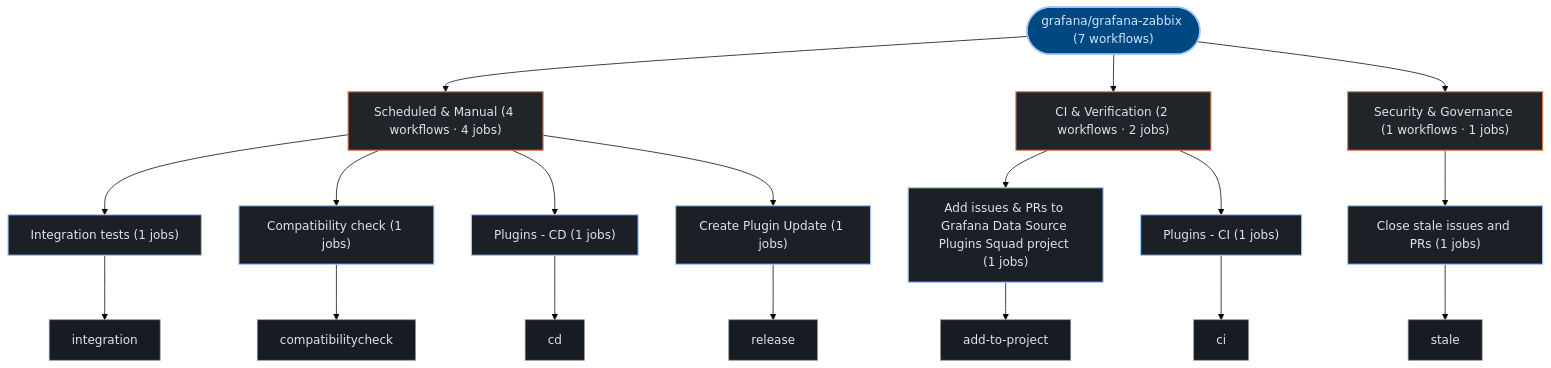
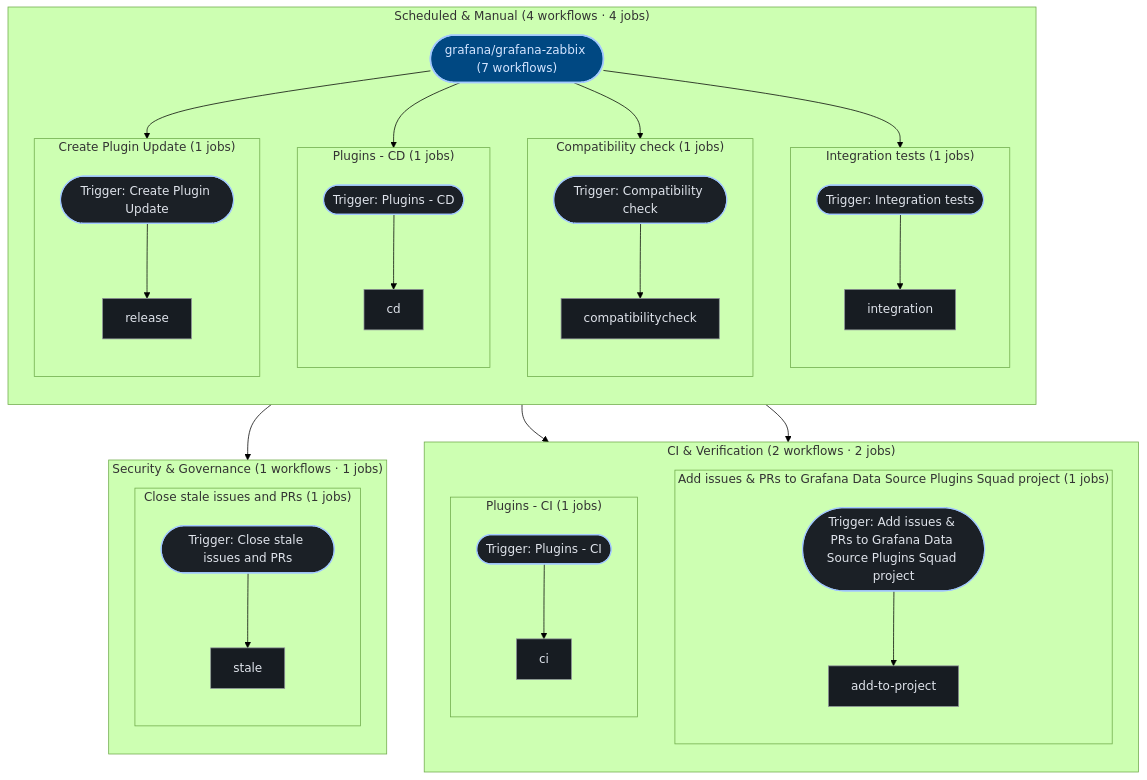
Before and after one commit to kumarshaz/atruss-code-atlas: the third of 3 diagrams in exports/latest/reports/grafana-grafana-zabbix-report.md, drawn with Mermaid (forest theme). The commit also changed 181 other files, not shown here.

````diff
--- a/exports/latest/reports/grafana-grafana-zabbix-report.md
+++ b/exports/latest/reports/grafana-grafana-zabbix-report.md
@@ -354,45 +354,69 @@
 ```mermaid
 graph TD;
   classDef atlasRoot fill:#004882,stroke:#a3c9ff,stroke-width:2px,color:#d3e4ff
   classDef atlasCategory fill:#212428,stroke:#E87A48,stroke-width:1.5px,color:#dfe3eb
   classDef atlasWorkflow fill:#1b2026,stroke:#a3c9ff,stroke-width:1.5px,color:#dfe3eb
   classDef atlasJob fill:#171c22,stroke:#8d9199,stroke-width:1px,color:#dfe3eb
   classDef atlasTarget fill:#005227,stroke:#8bd99b,stroke-width:1.5px,color:#a7f6b6
   classDef atlasAlert fill:#93000a,stroke:#ffb4ab,stroke-width:1.5px,color:#ffdad6
   classDef atlasMore fill:#252a31,stroke:#8d9199,stroke-dasharray:4 4,color:#c3c6cf
   pipeline_root(["grafana/grafana-zabbix (7 workflows)"]):::atlasRoot
-  grp_0_Scheduled___Manual["Scheduled & Manual (4 workflows · 4 jobs)"]:::atlasCategory
-  pipeline_root --> grp_0_Scheduled___Manual
-  wf_1_Integration_tests["Integration tests (1 jobs)"]:::atlasWorkflow
-  grp_0_Scheduled___Manual --> wf_1_Integration_tests
-  job_1_integration["integration"]:::atlasJob
-  wf_1_Integration_tests --> job_1_integration
-  wf_2_Compatibility_check["Compatibility check (1 jobs)"]:::atlasWorkflow
-  grp_0_Scheduled___Manual --> wf_2_Compatibility_check
-  job_2_compatibilitycheck["compatibilitycheck"]:::atlasJob
-  wf_2_Compatibility_check --> job_2_compatibilitycheck
-  wf_3_Plugins___CD["Plugins - CD (1 jobs)"]:::atlasWorkflow
-  grp_0_Scheduled___Manual --> wf_3_Plugins___CD
-  job_3_cd["cd"]:::atlasJob
-  wf_3_Plugins___CD --> job_3_cd
-  wf_6_Create_Plugin_Update["Create Plugin Update (1 jobs)"]:::atlasWorkflow
-  grp_0_Scheduled___Manual --> wf_6_Create_Plugin_Update
-  job_6_release["release"]:::atlasJob
-  wf_6_Create_Plugin_Update --> job_6_release
-  grp_1_CI___Verification["CI & Verification (2 workflows · 2 jobs)"]:::atlasCategory
-  pipeline_root --> grp_1_CI___Verification
-  wf_0_Add_issues___PRs_to_Grafana_Data_Source_Plugins_Squad_project["Add issues & PRs to Grafana Data Source Plugins Squad project (1 jobs)"]:::atlasWorkflow
-  grp_1_CI___Verification --> wf_0_Add_issues___PRs_to_Grafana_Data_Source_Plugins_Squad_project
-  job_0_add_to_project["add-to-project"]:::atlasJob
-  wf_0_Add_issues___PRs_to_Grafana_Data_Source_Plugins_Squad_project --> job_0_add_to_project
-  wf_4_Plugins___CI["Plugins - CI (1 jobs)"]:::atlasWorkflow
-  grp_1_CI___Verification --> wf_4_Plugins___CI
-  job_4_ci["ci"]:::atlasJob
-  wf_4_Plugins___CI --> job_4_ci
-  grp_2_Security___Governance["Security & Governance (1 workflows · 1 jobs)"]:::atlasCategory
-  pipeline_root --> grp_2_Security___Governance
-  wf_5_Close_stale_issues_and_PRs["Close stale issues and PRs (1 jobs)"]:::atlasWorkflow
-  grp_2_Security___Governance --> wf_5_Close_stale_issues_and_PRs
-  job_5_stale["stale"]:::atlasJob
-  wf_5_Close_stale_issues_and_PRs --> job_5_stale
+  subgraph sg_grp_0_Scheduled___Manual["Scheduled & Manual (4 workflows · 4 jobs)"]
+    direction TB
+    subgraph sg_wf_1_Integration_tests["Integration tests (1 jobs)"]
+      direction TB
+      wf_1_Integration_tests(["Trigger: Integration tests"]):::atlasWorkflow
+      job_1_integration["integration"]:::atlasJob
+      wf_1_Integration_tests --> job_1_integration
+    end
+    pipeline_root --> wf_1_Integration_tests
+    subgraph sg_wf_2_Compatibility_check["Compatibility check (1 jobs)"]
+      direction TB
+      wf_2_Compatibility_check(["Trigger: Compatibility check"]):::atlasWorkflow
+      job_2_compatibilitycheck["compatibilitycheck"]:::atlasJob
+      wf_2_Compatibility_check --> job_2_compatibilitycheck
+    end
+    pipeline_root --> wf_2_Compatibility_check
+    subgraph sg_wf_3_Plugins___CD["Plugins - CD (1 jobs)"]
+      direction TB
+      wf_3_Plugins___CD(["Trigger: Plugins - CD"]):::atlasWorkflow
+      job_3_cd["cd"]:::atlasJob
+      wf_3_Plugins___CD --> job_3_cd
+    end
+    pipeline_root --> wf_3_Plugins___CD
+    subgraph sg_wf_6_Create_Plugin_Update["Create Plugin Update (1 jobs)"]
+      direction TB
+      wf_6_Create_Plugin_Update(["Trigger: Create Plugin Update"]):::atlasWorkflow
+      job_6_release["release"]:::atlasJob
+      wf_6_Create_Plugin_Update --> job_6_release
+    end
+    pipeline_root --> wf_6_Create_Plugin_Update
+  end
+  subgraph sg_grp_1_CI___Verification["CI & Verification (2 workflows · 2 jobs)"]
+    direction TB
+    subgraph sg_wf_0_Add_issues___PRs_to_Grafana_Data_Source_Plugins_Squad_project["Add issues & PRs to Grafana Data Source Plugins Squad project (1 jobs)"]
+      direction TB
+      wf_0_Add_issues___PRs_to_Grafana_Data_Source_Plugins_Squad_project(["Trigger: Add issues & PRs to Grafana Data Source Plugins Squad project"]):::atlasWorkflow
+      job_0_add_to_project["add-to-project"]:::atlasJob
+      wf_0_Add_issues___PRs_to_Grafana_Data_Source_Plugins_Squad_project --> job_0_add_to_project
+    end
+    pipeline_root --> wf_0_Add_issues___PRs_to_Grafana_Data_Source_Plugins_Squad_project
+    subgraph sg_wf_4_Plugins___CI["Plugins - CI (1 jobs)"]
+      direction TB
+      wf_4_Plugins___CI(["Trigger: Plugins - CI"]):::atlasWorkflow
+      job_4_ci["ci"]:::atlasJob
+      wf_4_Plugins___CI --> job_4_ci
+    end
+    pipeline_root --> wf_4_Plugins___CI
+  end
+  subgraph sg_grp_2_Security___Governance["Security & Governance (1 workflows · 1 jobs)"]
+    direction TB
+    subgraph sg_wf_5_Close_stale_issues_and_PRs["Close stale issues and PRs (1 jobs)"]
+      direction TB
+      wf_5_Close_stale_issues_and_PRs(["Trigger: Close stale issues and PRs"]):::atlasWorkflow
+      job_5_stale["stale"]:::atlasJob
+      wf_5_Close_stale_issues_and_PRs --> job_5_stale
+    end
+    pipeline_root --> wf_5_Close_stale_issues_and_PRs
+  end
 ```
````
